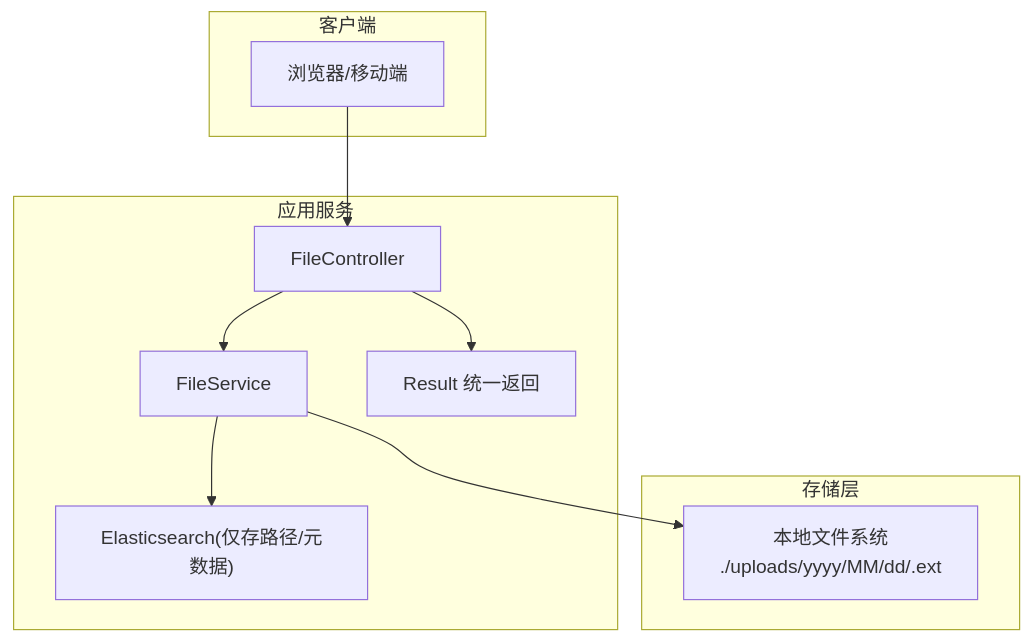
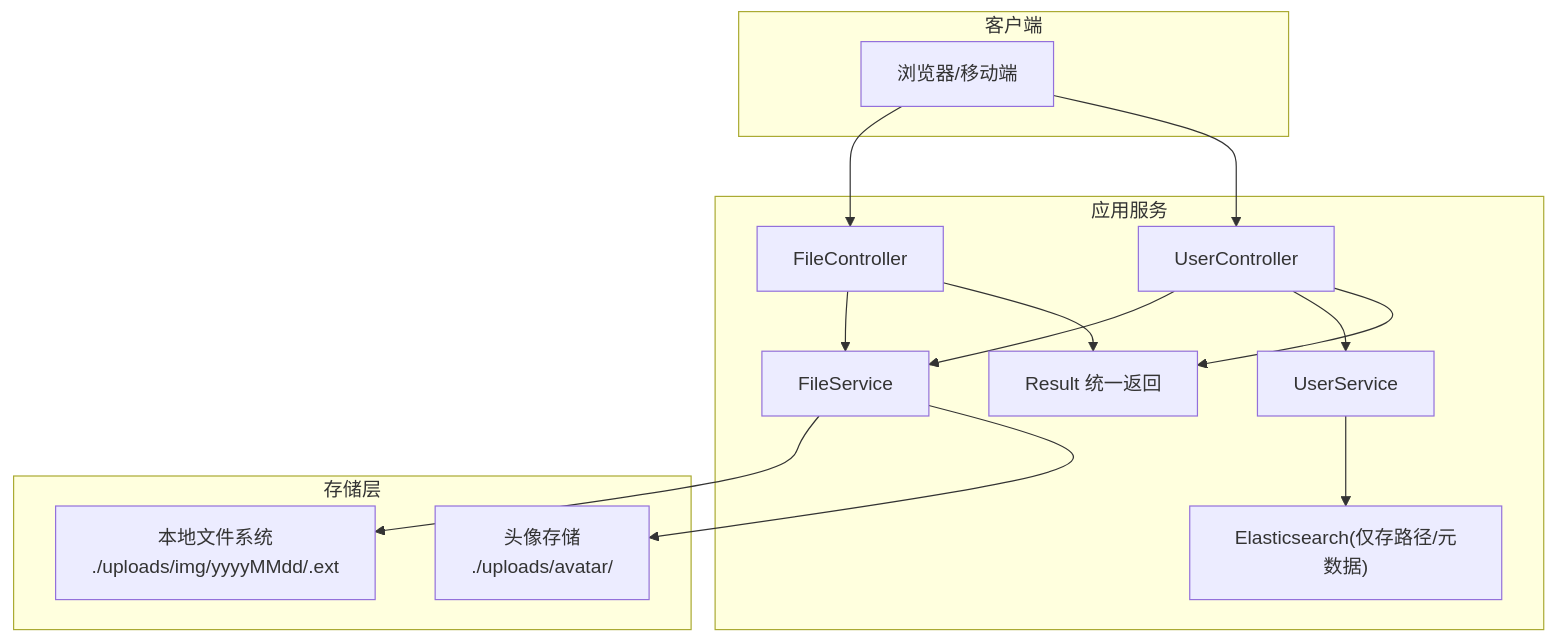
One commit to 20164206160/zhishilu changed the second of 6 diagrams in .qoder/repowiki/zh/content/文件上传系统.md. Above: the diagram before and after it, drawn with Mermaid. The commit also changed other lines of this file and 28 other files, not shown here.

````diff
--- a/.qoder/repowiki/zh/content/文件上传系统.md
+++ b/.qoder/repowiki/zh/content/文件上传系统.md
@@ -91,20 +109,28 @@
 ```mermaid
 graph TB
 subgraph "客户端"
 U["浏览器/移动端"]
 end
 subgraph "应用服务"
-C["FileController"]
+FC["FileController"]
+UC["UserController"]
 S["FileService"]
+US["UserService"]
 R["Result 统一返回"]
 E["Elasticsearch(仅存路径/元数据)"]
 end
 subgraph "存储层"
-LFS["本地文件系统<br/>./uploads/yyyy/MM/dd/<UUID>.ext"]
+LFS["本地文件系统<br/>./uploads/img/yyyyMMdd/<UUID>.ext"]
+AVATAR["头像存储<br/>./uploads/avatar/<userId_timestamp.ext>"]
 end
-U --> C
-C --> S
+U --> FC
+U --> UC
+FC --> S
+UC --> S
+UC --> US
 S --> LFS
-S --> E
-C --> R
+S --> AVATAR
+US --> E
+FC --> R
+UC --> R
 ```
````
